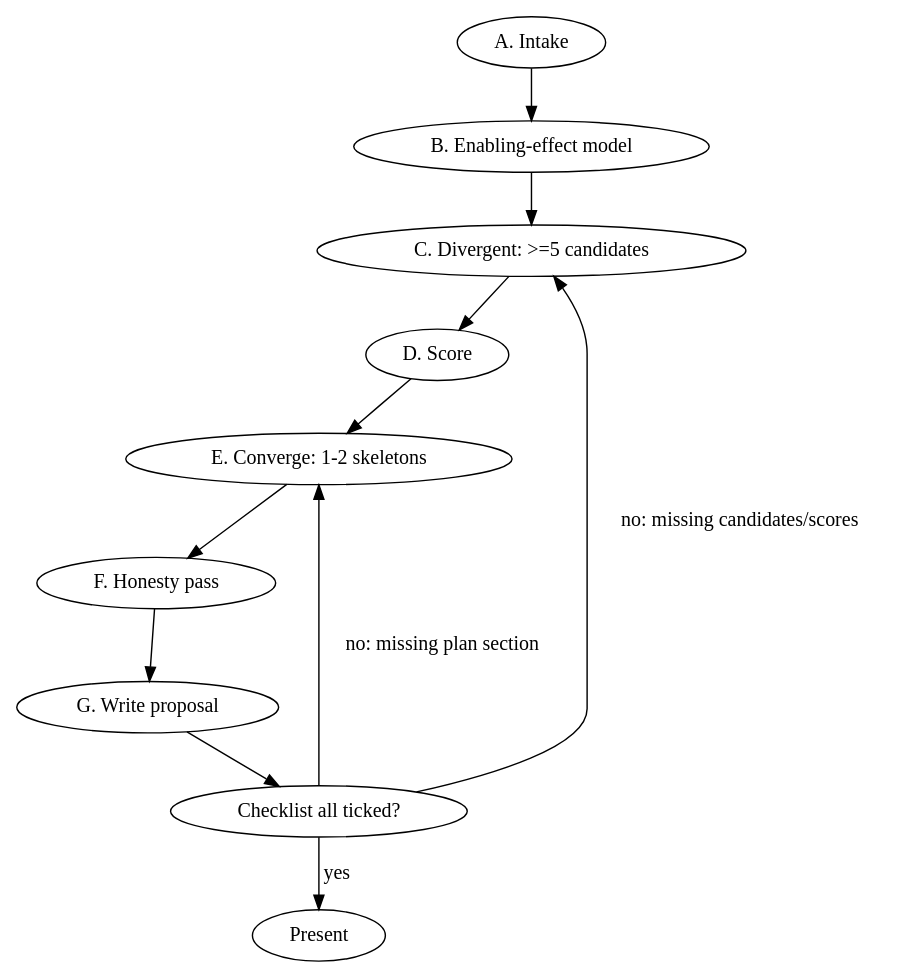
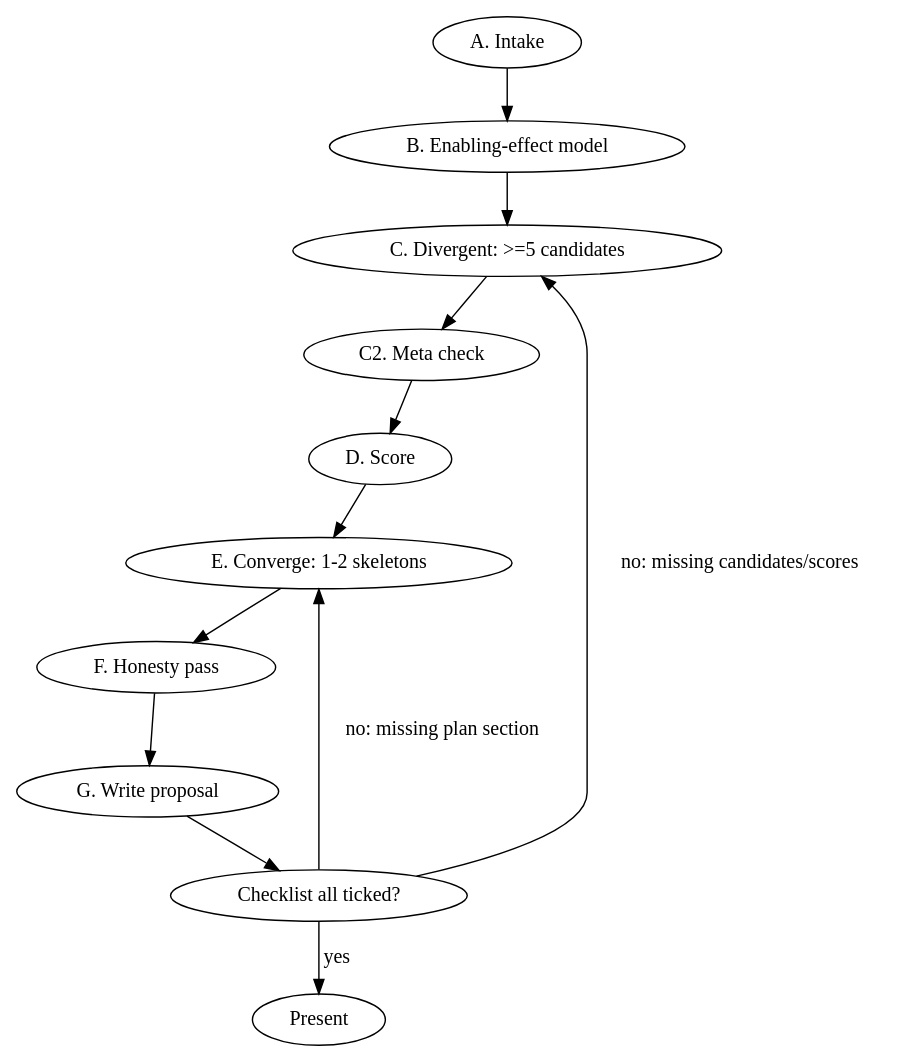
One commit to cypherix93/last-epoch-assistant changed the diagram in .claude/skills/le-build-around-item/SKILL.md. Above: the diagram before and after it, drawn with Graphviz. The commit also changed other lines of this file and 16 other files, not shown here.

First line of the commit message:
Skills and knowledge: community-builds meta check, le-bis-selection, mastery gate, mana toolbox

````diff
--- a/.claude/skills/le-build-around-item/SKILL.md
+++ b/.claude/skills/le-build-around-item/SKILL.md
@@ -69,8 +71,8 @@
 ```dot
 digraph flow {
-  "A. Intake" -> "B. Enabling-effect model" -> "C. Divergent: >=5 candidates" -> "D. Score" -> "E. Converge: 1-2 skeletons" -> "F. Honesty pass" -> "G. Write proposal" -> "Checklist all ticked?";
+  "A. Intake" -> "B. Enabling-effect model" -> "C. Divergent: >=5 candidates" -> "C2. Meta check" -> "D. Score" -> "E. Converge: 1-2 skeletons" -> "F. Honesty pass" -> "G. Write proposal" -> "Checklist all ticked?";
   "Checklist all ticked?" -> "Present" [label="yes"];
   "Checklist all ticked?" -> "C. Divergent: >=5 candidates" [label="no: missing candidates/scores"];
   "Checklist all ticked?" -> "E. Converge: 1-2 skeletons" [label="no: missing plan section"];
 }
 ```
````
